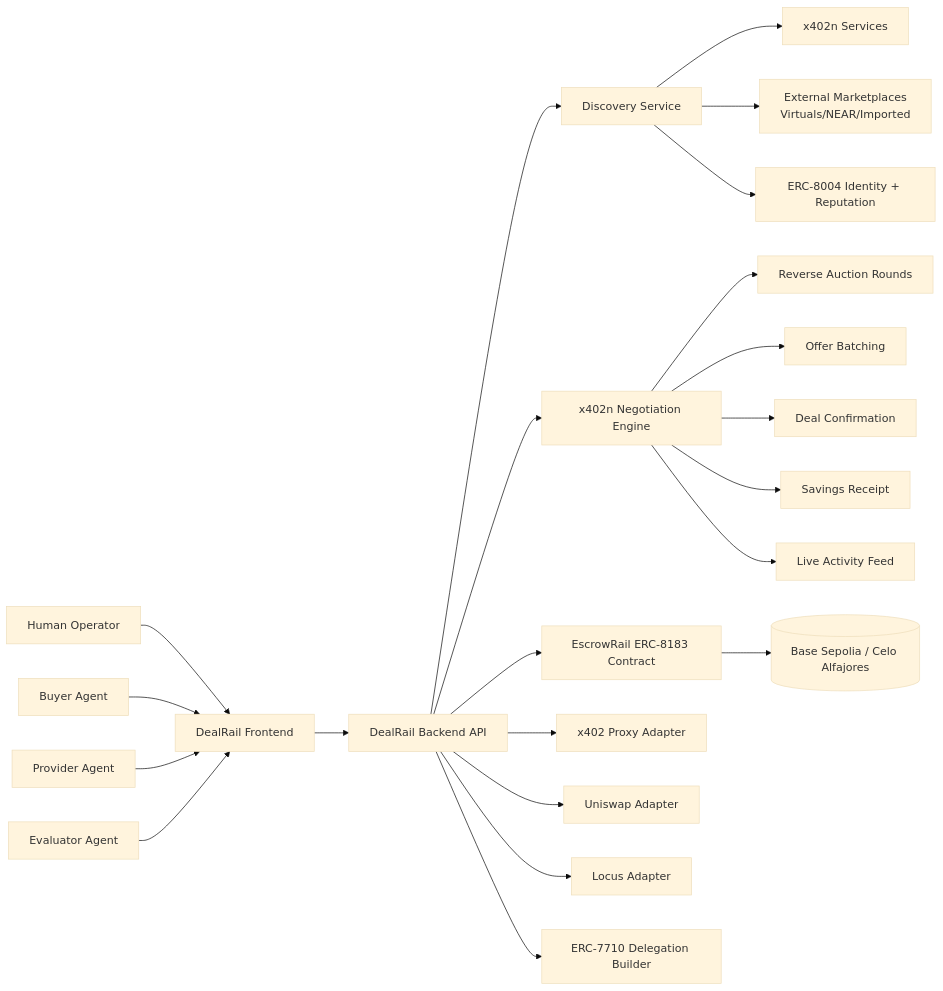
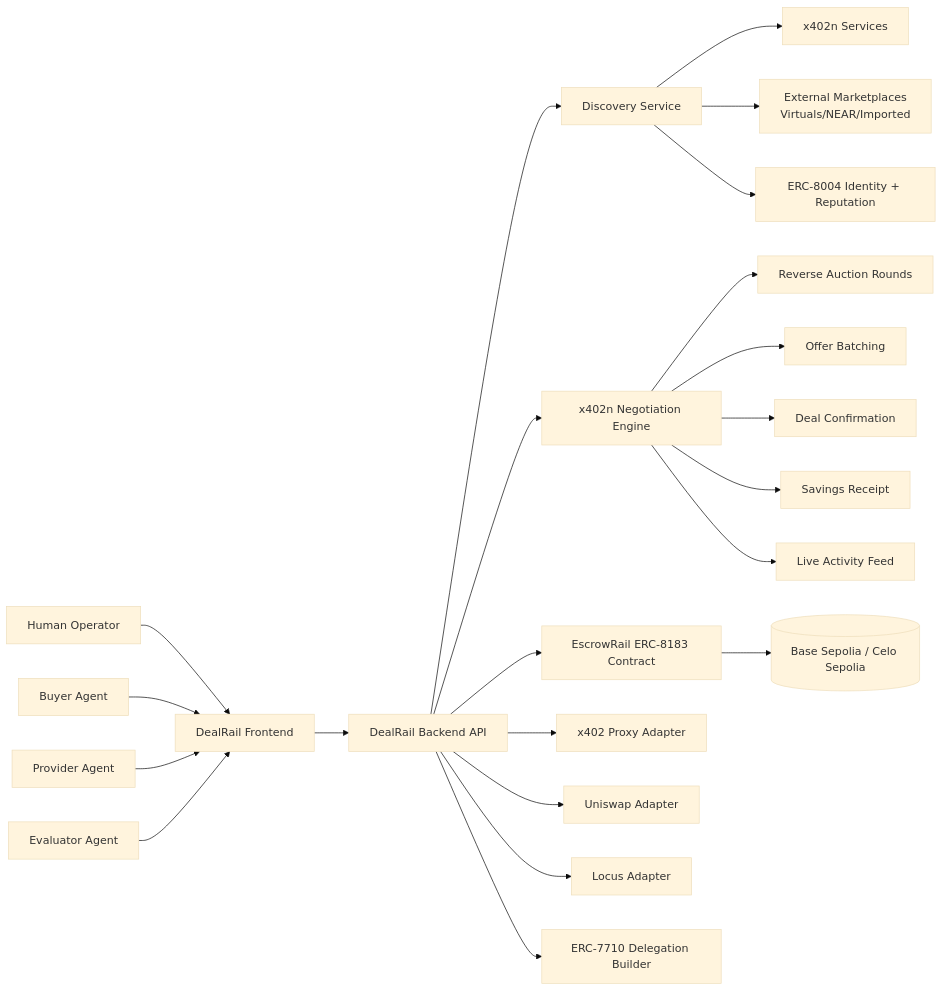
The first of 2 diagrams in docs/architecture/ARCHITECTURE_LATEST_ITERATION_MAR17.md (zoro-jiro-san/kairen-dealrail), drawn with Mermaid (base theme) before and after one commit. The commit also changed other lines of this file and 10 other files, not shown here.

````diff
--- a/docs/architecture/ARCHITECTURE_LATEST_ITERATION_MAR17.md
+++ b/docs/architecture/ARCHITECTURE_LATEST_ITERATION_MAR17.md
@@ -20,29 +20,29 @@
 ```mermaid
 flowchart LR
   H[Human Operator] --> UI[DealRail Frontend]
   BA[Buyer Agent] --> UI
   PA[Provider Agent] --> UI
   EA[Evaluator Agent] --> UI
 
   UI --> API[DealRail Backend API]
 
   API --> DISC[Discovery Service]
   DISC --> XN[x402n Services]
   DISC --> EXT[External Marketplaces\nVirtuals/NEAR/Imported]
   DISC --> ID[ERC-8004 Identity + Reputation]
 
   API --> NEG[x402n Negotiation Engine]
   NEG --> RA[Reverse Auction Rounds]
   NEG --> BATCH[Offer Batching]
   NEG --> CNF[Deal Confirmation]
   NEG --> RCPT[Savings Receipt]
   NEG --> FEED[Live Activity Feed]
 
   API --> ESC[EscrowRail ERC-8183 Contract]
-  ESC --> CHAIN[(Base Sepolia / Celo Alfajores)]
+  ESC --> CHAIN[(Base Sepolia / Celo Sepolia)]
 
   API --> X4[x402 Proxy Adapter]
   API --> UNI[Uniswap Adapter]
   API --> LOC[Locus Adapter]
   API --> DEL[ERC-7710 Delegation Builder]
 ```
````
